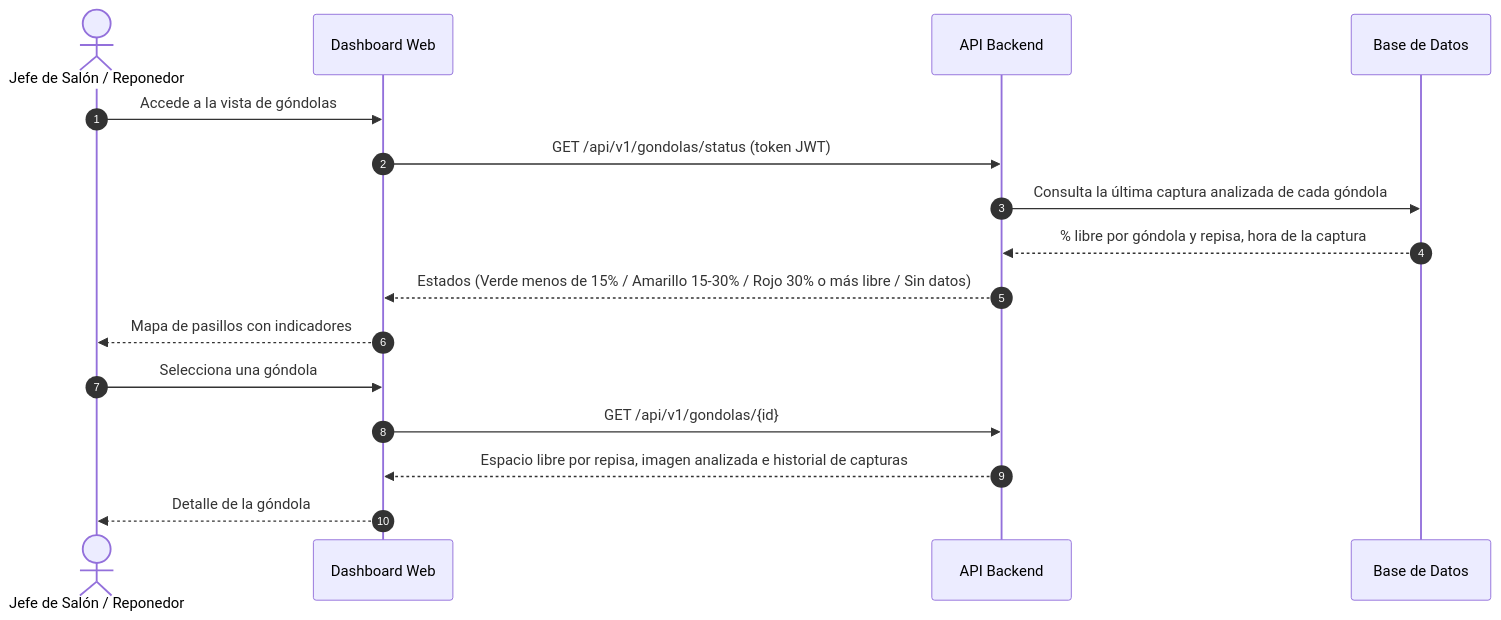
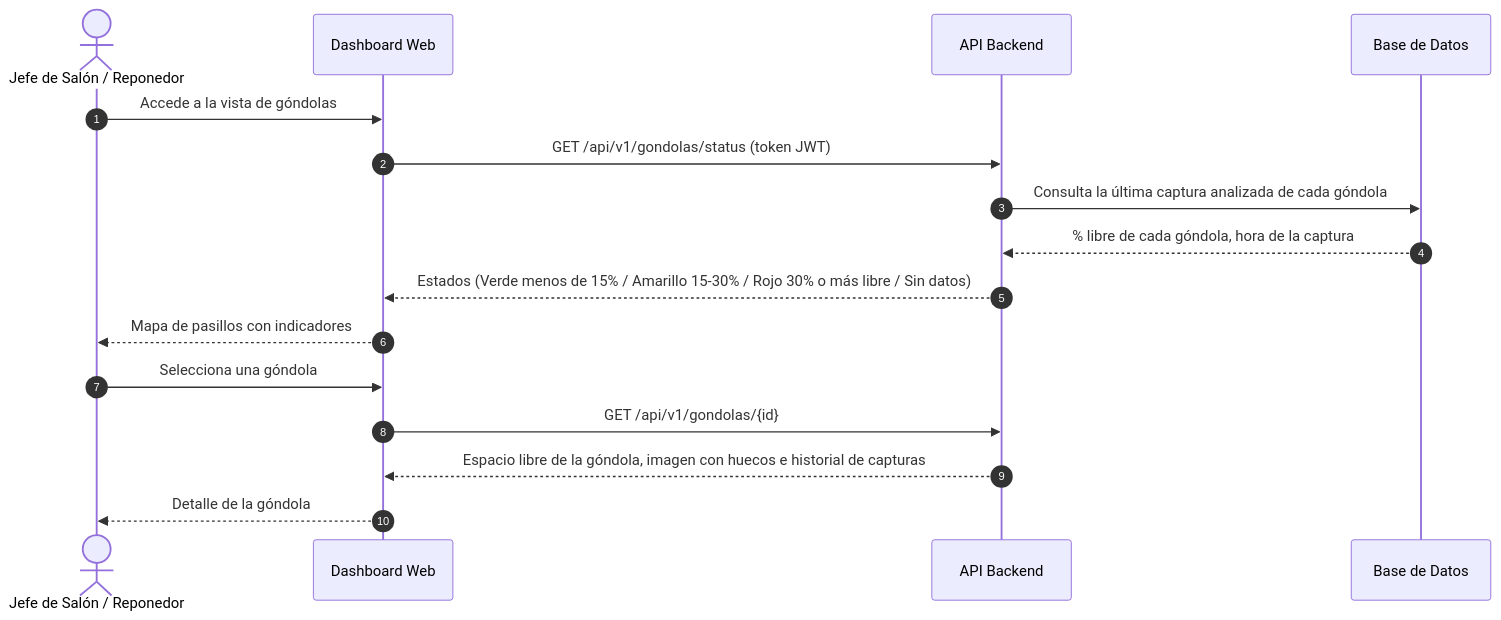
The diagram in Anexos/Diseño/Diagramas fuente (Mermaid)/Diagrama C.U 03.mmd (marianapeachy/capstone), drawn with Mermaid before and after one commit. The commit also changed 26 other files, not shown here.

```diff
--- a/Anexos/Diseño/Diagramas fuente (Mermaid)/Diagrama C.U 03.mmd
+++ b/Anexos/Diseño/Diagramas fuente (Mermaid)/Diagrama C.U 03.mmd
@@ -1,16 +1,16 @@
 sequenceDiagram
     autonumber
     actor U as Jefe de Salón / Reponedor
     participant Web as Dashboard Web
     participant API as API Backend
     participant BD as Base de Datos
     U->>Web: Accede a la vista de góndolas
     Web->>API: GET /api/v1/gondolas/status (token JWT)
     API->>BD: Consulta la última captura analizada de cada góndola
-    BD-->>API: % libre por góndola y repisa, hora de la captura
+    BD-->>API: % libre de cada góndola, hora de la captura
     API-->>Web: Estados (Verde menos de 15% / Amarillo 15-30% / Rojo 30% o más libre / Sin datos)
     Web-->>U: Mapa de pasillos con indicadores
     U->>Web: Selecciona una góndola
     Web->>API: GET /api/v1/gondolas/{id}
-    API-->>Web: Espacio libre por repisa, imagen analizada e historial de capturas
+    API-->>Web: Espacio libre de la góndola, imagen con huecos e historial de capturas
     Web-->>U: Detalle de la góndola
```
